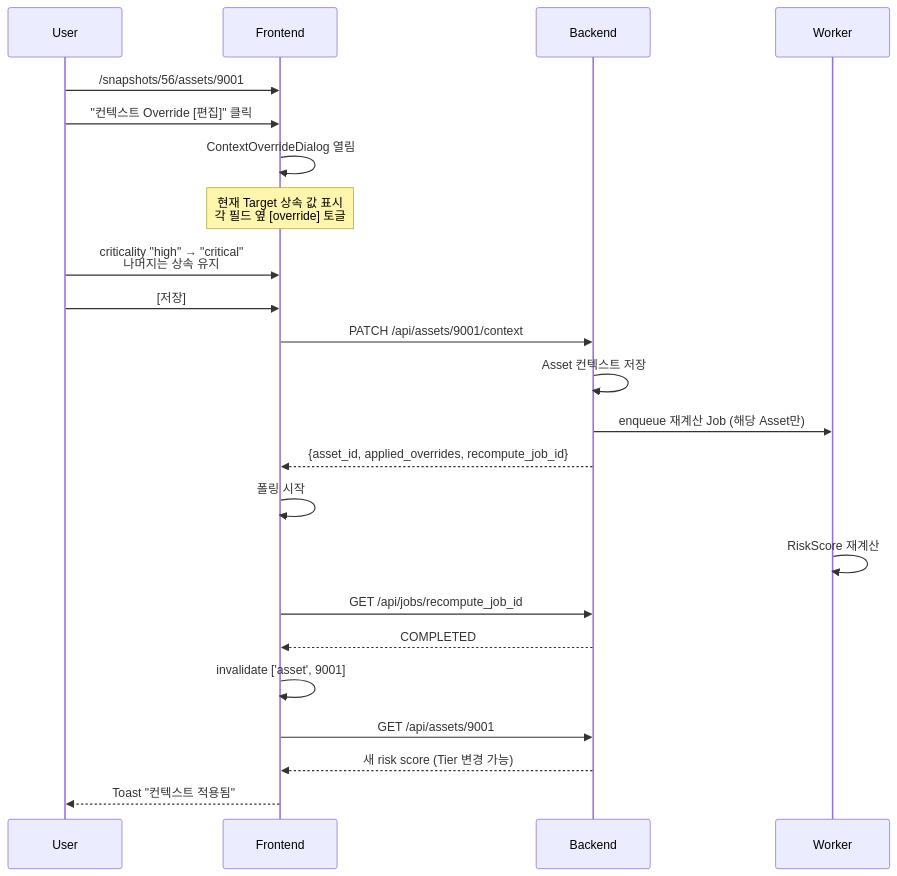
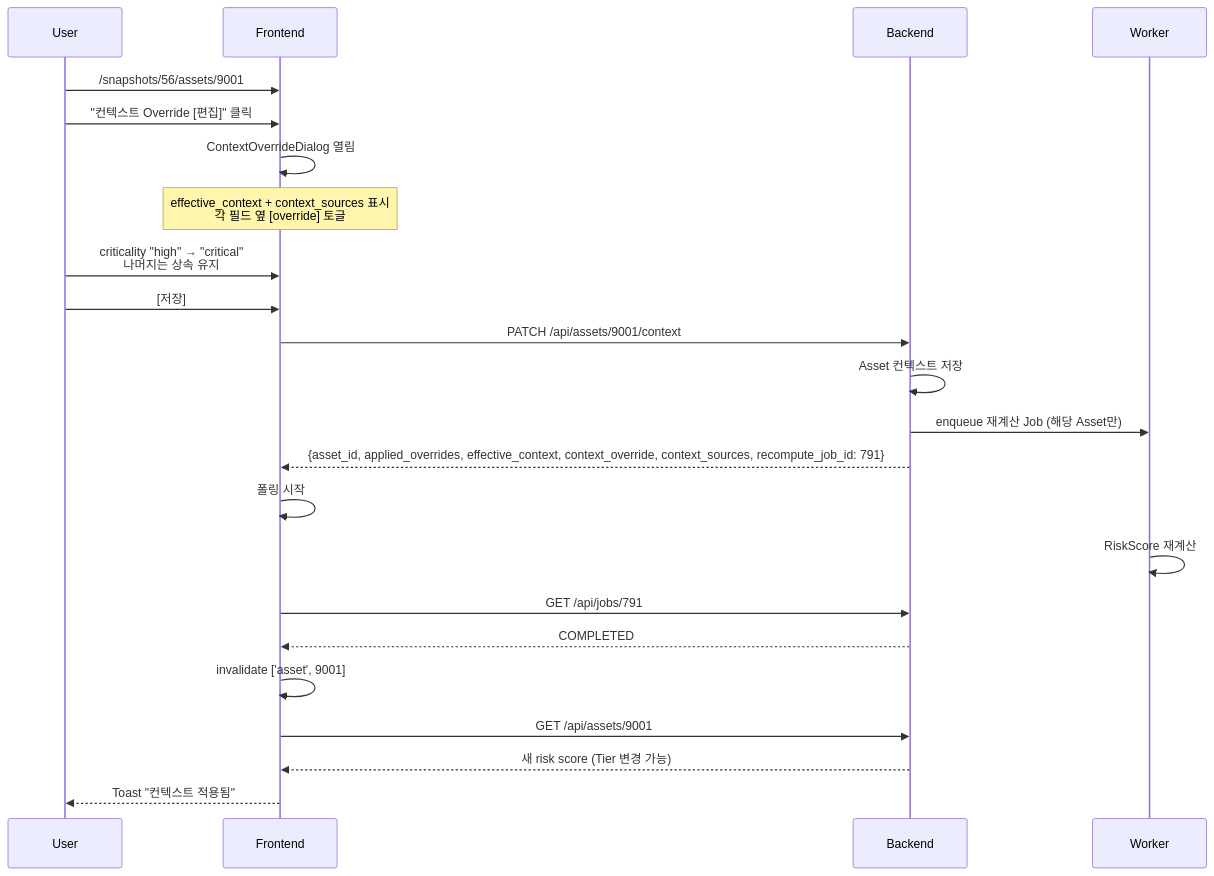
Before and after one commit to ehdgks0627/crypto-scanner: the tenth of 11 diagrams in docs/10-ux-flows.md, drawn with Mermaid. The commit also changed other lines of this file and 41 other files, not shown here.

````diff
--- a/docs/10-ux-flows.md
+++ b/docs/10-ux-flows.md
@@ -422,26 +425,26 @@
 ```mermaid
 sequenceDiagram
     participant U as User
     participant F as Frontend
     participant B as Backend
     participant W as Worker
 
     U->>F: /snapshots/56/assets/9001
     U->>F: "컨텍스트 Override [편집]" 클릭
     F->>F: ContextOverrideDialog 열림
-    Note over F: 현재 Target 상속 값 표시<br/>각 필드 옆 [override] 토글
+    Note over F: effective_context + context_sources 표시<br/>각 필드 옆 [override] 토글
     U->>F: criticality "high" → "critical"<br/>나머지는 상속 유지
     U->>F: [저장]
     F->>B: PATCH /api/assets/9001/context
     B->>B: Asset 컨텍스트 저장
     B->>W: enqueue 재계산 Job (해당 Asset만)
-    B-->>F: {asset_id, applied_overrides, recompute_job_id}
+    B-->>F: {asset_id, applied_overrides, effective_context, context_override, context_sources, recompute_job_id: 791}
     F->>F: 폴링 시작
     W->>W: RiskScore 재계산
-    F->>B: GET /api/jobs/recompute_job_id
+    F->>B: GET /api/jobs/791
     B-->>F: COMPLETED
     F->>F: invalidate ['asset', 9001]
     F->>B: GET /api/assets/9001
     B-->>F: 새 risk score (Tier 변경 가능)
     F-->>U: Toast "컨텍스트 적용됨"
 ```
````
